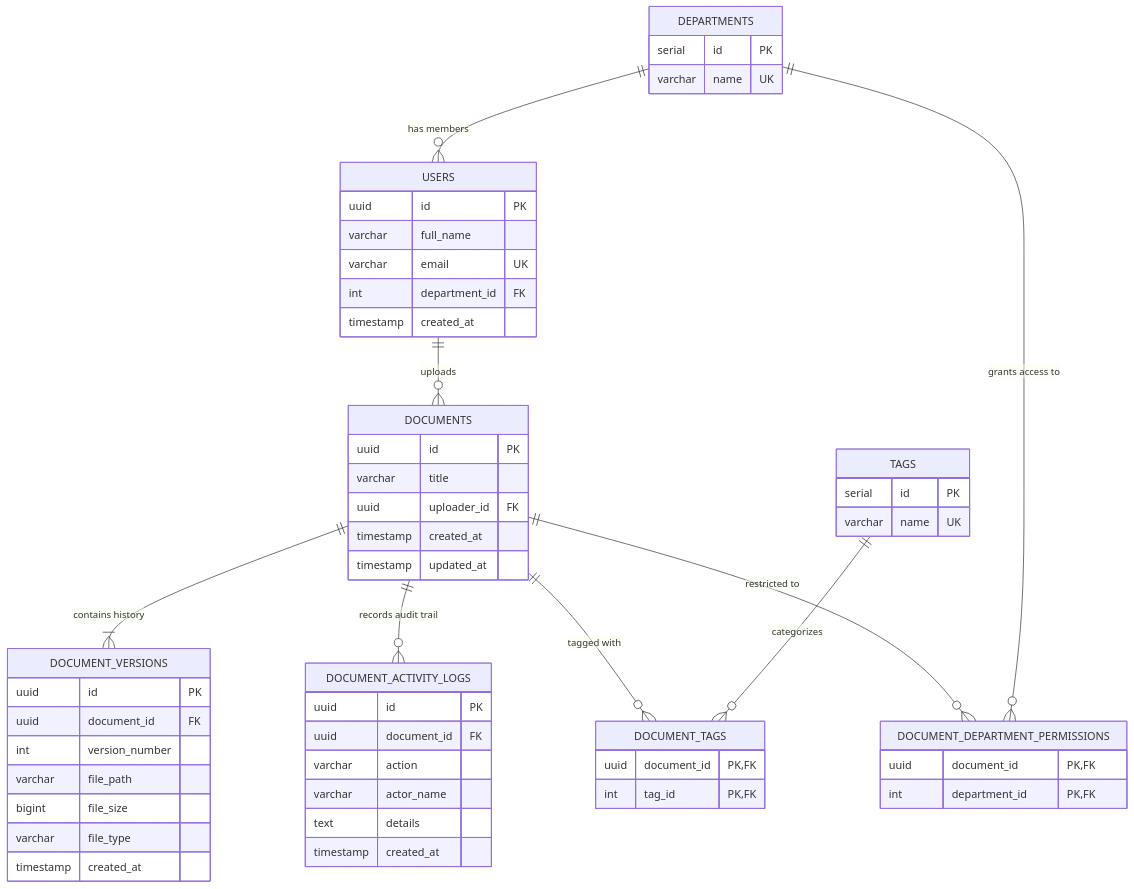
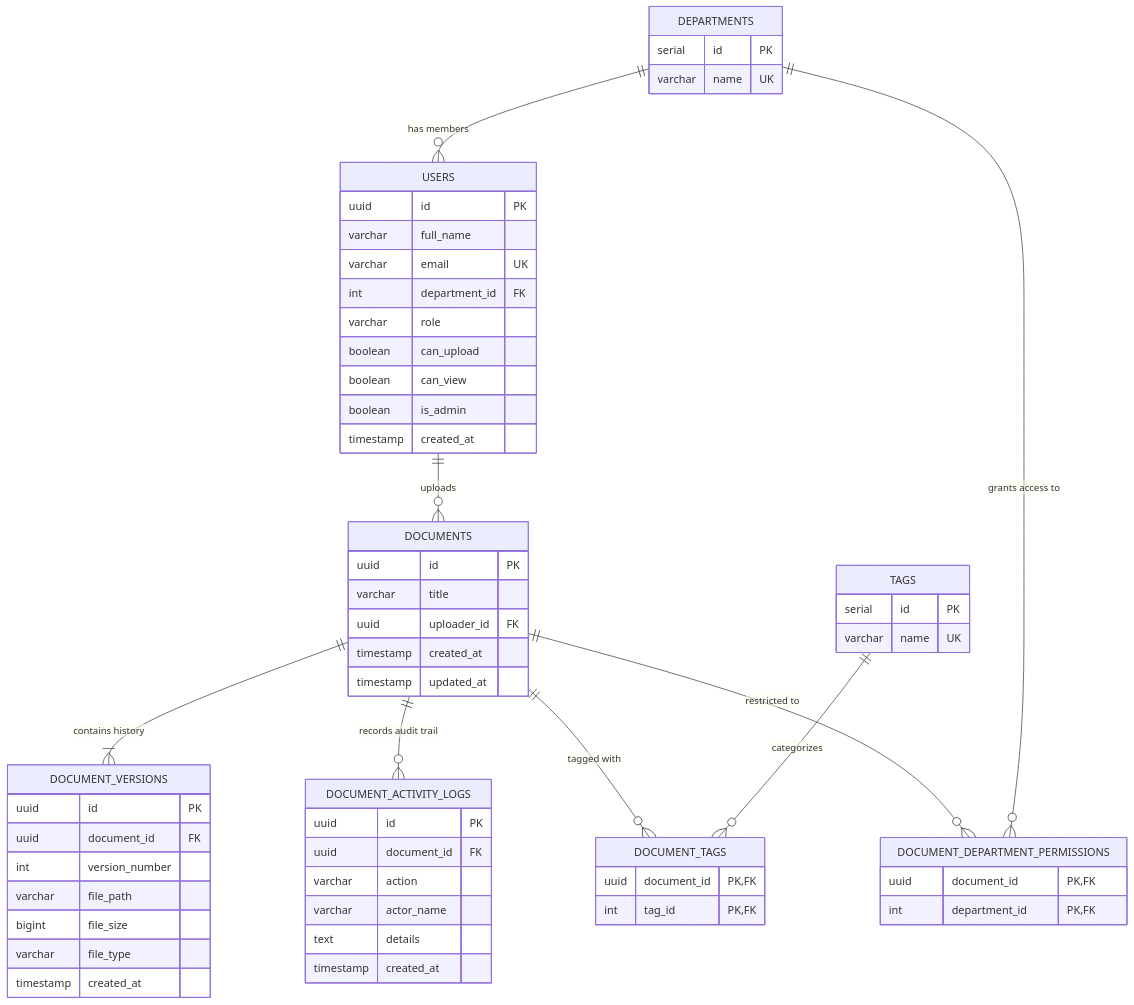
The second of 2 diagrams in README.md (Mohamedtamer1265/DocDrop), drawn with Mermaid before and after one commit. The commit also changed other lines of this file and 13 other files, not shown here.

````diff
--- a/README.md
+++ b/README.md
@@ -75,66 +79,70 @@
 ```mermaid
 erDiagram
     DEPARTMENTS ||--o{ USERS : "has members"
     USERS ||--o{ DOCUMENTS : "uploads"
     DOCUMENTS ||--|{ DOCUMENT_VERSIONS : "contains history"
     DOCUMENTS ||--o{ DOCUMENT_ACTIVITY_LOGS : "records audit trail"
     DOCUMENTS ||--o{ DOCUMENT_TAGS : "tagged with"
     TAGS ||--o{ DOCUMENT_TAGS : "categorizes"
     DOCUMENTS ||--o{ DOCUMENT_DEPARTMENT_PERMISSIONS : "restricted to"
     DEPARTMENTS ||--o{ DOCUMENT_DEPARTMENT_PERMISSIONS : "grants access to"
 
     DEPARTMENTS {
         serial id PK
         varchar name UK
     }
 
     USERS {
         uuid id PK
         varchar full_name
         varchar email UK
         int department_id FK
+        varchar role
+        boolean can_upload
+        boolean can_view
+        boolean is_admin
         timestamp created_at
     }
 
     DOCUMENTS {
         uuid id PK
         varchar title
         uuid uploader_id FK
         timestamp created_at
         timestamp updated_at
     }
 
     DOCUMENT_VERSIONS {
         uuid id PK
         uuid document_id FK
         int version_number
         varchar file_path
         bigint file_size
         varchar file_type
         timestamp created_at
     }
 
     DOCUMENT_ACTIVITY_LOGS {
         uuid id PK
         uuid document_id FK
         varchar action
         varchar actor_name
         text details
         timestamp created_at
     }
 
     TAGS {
         serial id PK
         varchar name UK
     }
 
     DOCUMENT_TAGS {
         uuid document_id PK,FK
         int tag_id PK,FK
     }
 
     DOCUMENT_DEPARTMENT_PERMISSIONS {
         uuid document_id PK,FK
         int department_id PK,FK
     }
 ```
````
